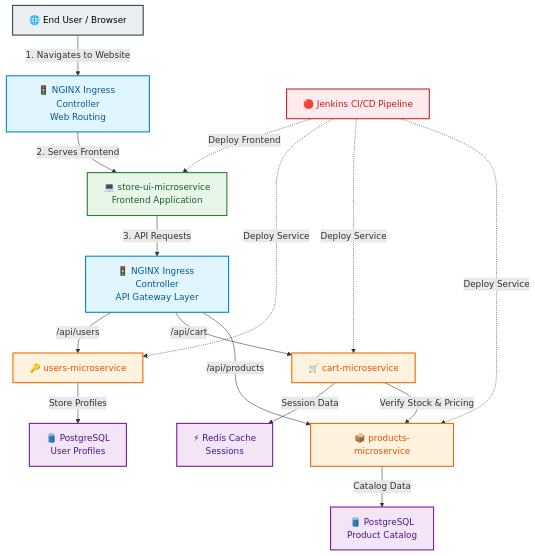
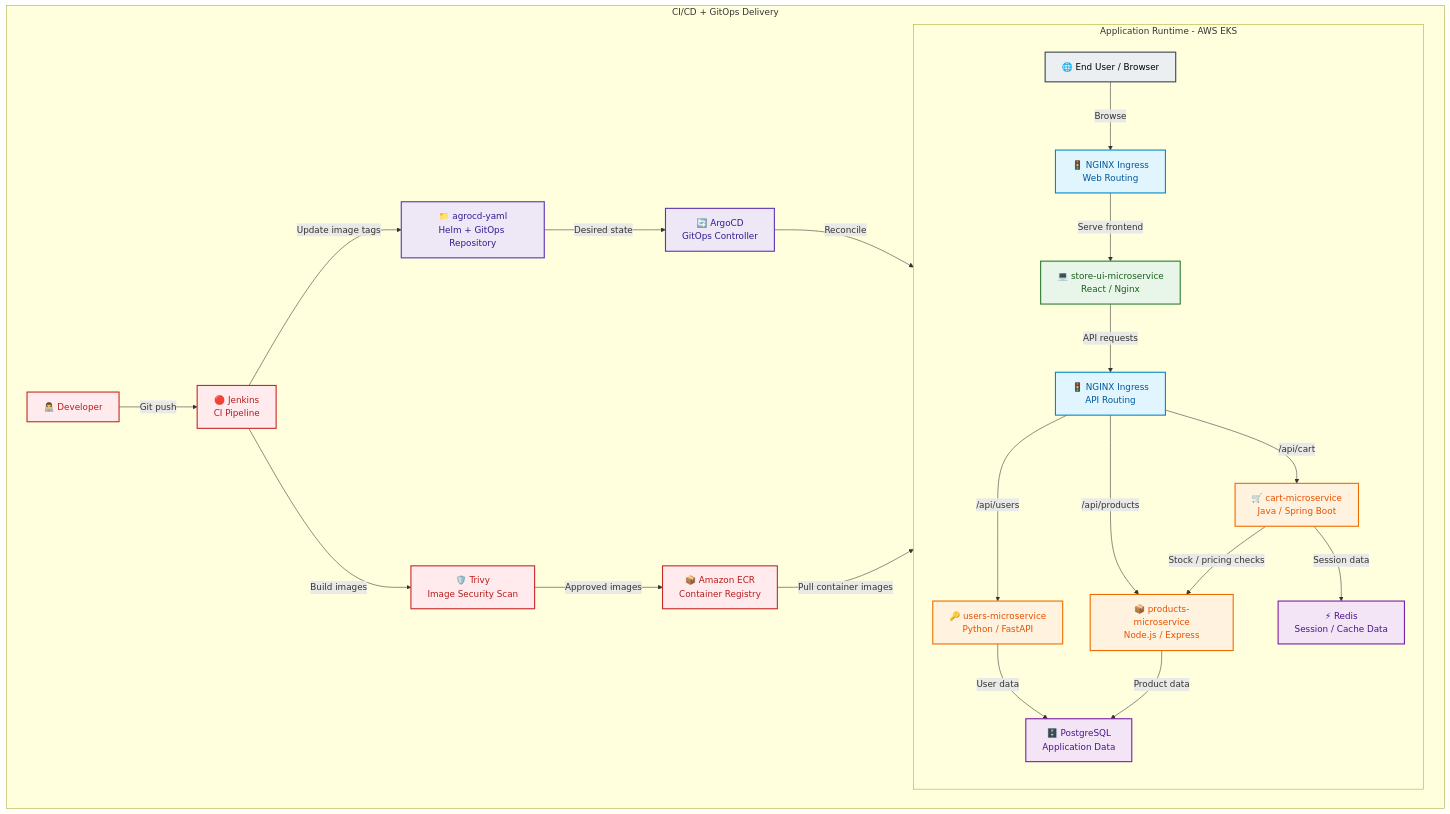
One commit to maxiemoses-eu/StreamlinePayX-3 changed the diagram in README.md. Above: the diagram before and after it, drawn with Mermaid. The commit also changed other lines of this file and 2 other files, not shown here.

````diff
--- a/README.md
+++ b/README.md
@@ -3,5 +17,83 @@
 ```mermaid
 graph TB
+
+    %% =========================
+    %% RUNTIME ARCHITECTURE
+    %% =========================
+
+    subgraph Runtime["Application Runtime - AWS EKS"]
+
+        User["🌐 End User / Browser"]
+
+        WebIngress["🚦 NGINX Ingress<br/>Web Routing"]
+
+        UI["💻 store-ui-microservice<br/>React / Nginx"]
+
+        APIIngress["🚦 NGINX Ingress<br/>API Routing"]
+
+        Users["🔑 users-microservice<br/>Python / FastAPI"]
+
+        Cart["🛒 cart-microservice<br/>Java / Spring Boot"]
+
+        Products["📦 products-microservice<br/>Node.js / Express"]
+
+        PostgreSQL["🗄️ PostgreSQL<br/>Application Data"]
+
+        Redis["⚡ Redis<br/>Session / Cache Data"]
+
+        User -->|Browse| WebIngress
+        WebIngress -->|Serve frontend| UI
+        UI -->|API requests| APIIngress
+
+        APIIngress -->|/api/users| Users
+        APIIngress -->|/api/cart| Cart
+        APIIngress -->|/api/products| Products
+
+        Users -->|User data| PostgreSQL
+        Products -->|Product data| PostgreSQL
+        Cart -->|Session data| Redis
+        Cart -->|Stock / pricing checks| Products
+
+    end
+
+
+    %% =========================
+    %% DELIVERY ARCHITECTURE
+    %% =========================
+
+    subgraph Delivery["CI/CD + GitOps Delivery"]
+
+        Developer["👨‍💻 Developer"]
+
+        Jenkins["🔴 Jenkins<br/>CI Pipeline"]
+
+        Trivy["🛡️ Trivy<br/>Image Security Scan"]
+
+        ECR["📦 Amazon ECR<br/>Container Registry"]
+
+        GitOps["📁 agrocd-yaml<br/>Helm + GitOps Repository"]
+
+        ArgoCD["🔄 ArgoCD<br/>GitOps Controller"]
+
+        Developer -->|Git push| Jenkins
+
+        Jenkins -->|Build images| Trivy
+        Trivy -->|Approved images| ECR
+
+        Jenkins -->|Update image tags| GitOps
+
+        GitOps -->|Desired state| ArgoCD
+
+        ArgoCD -->|Reconcile| Runtime
+
+        ECR -->|Pull container images| Runtime
+
+    end
+
+
+    %% =========================
+    %% STYLING
+    %% =========================
 
     classDef client fill:#eceff1,stroke:#37474f,stroke-width:2px,color:#000;
     classDef edge fill:#e1f5fe,stroke:#0288d1,stroke-width:2px,color:#01579b;
@@ -9,40 +101,13 @@
     classDef service fill:#fff3e0,stroke:#ef6c00,stroke-width:2px,color:#e65100;
     classDef data fill:#f3e5f5,stroke:#7b1fa2,stroke-width:2px,color:#4a148c;
     classDef ci fill:#ffebee,stroke:#c62828,stroke-width:2px,color:#b71c1c;
+    classDef gitops fill:#ede7f6,stroke:#5e35b1,stroke-width:2px,color:#311b92;
 
-    User["🌐 End User / Browser"]:::client
-
-    Ingress1["🚦 NGINX Ingress Controller<br/>Web Routing"]:::edge
-    UI["💻 store-ui-microservice<br/>Frontend Application"]:::ui
-
-    Ingress2["🚦 NGINX Ingress Controller<br/>API Gateway Layer"]:::edge
-
-    Users["🔑 users-microservice"]:::service
-    Cart["🛒 cart-microservice"]:::service
-    Prod["📦 products-microservice"]:::service
-
-    DB_Users["🛢️ PostgreSQL<br/>User Profiles"]:::data
-    Cache["⚡ Redis Cache<br/>Sessions"]:::data
-    DB_Prod["🛢️ PostgreSQL<br/>Product Catalog"]:::data
-
-    Jenkins["🔴 Jenkins CI/CD Pipeline"]:::ci
-
-    User -->|1. Navigates to Website| Ingress1
-    Ingress1 -->|2. Serves Frontend| UI
-    UI -->|3. API Requests| Ingress2
-
-    Ingress2 -->|/api/users| Users
-    Ingress2 -->|/api/cart| Cart
-    Ingress2 -->|/api/products| Prod
-
-    Users -->|Store Profiles| DB_Users
-    Cart -->|Session Data| Cache
-    Prod -->|Catalog Data| DB_Prod
-
-    Cart -->|Verify Stock & Pricing| Prod
-
-    Jenkins -.->|Deploy Frontend| UI
-    Jenkins -.->|Deploy Service| Users
-    Jenkins -.->|Deploy Service| Cart
-    Jenkins -.->|Deploy Service| Prod
+    class User client;
+    class WebIngress,APIIngress edge;
+    class UI ui;
+    class Users,Cart,Products service;
+    class PostgreSQL,Redis data;
+    class Developer,Jenkins,Trivy,ECR ci;
+    class GitOps,ArgoCD gitops;
 ```
````
